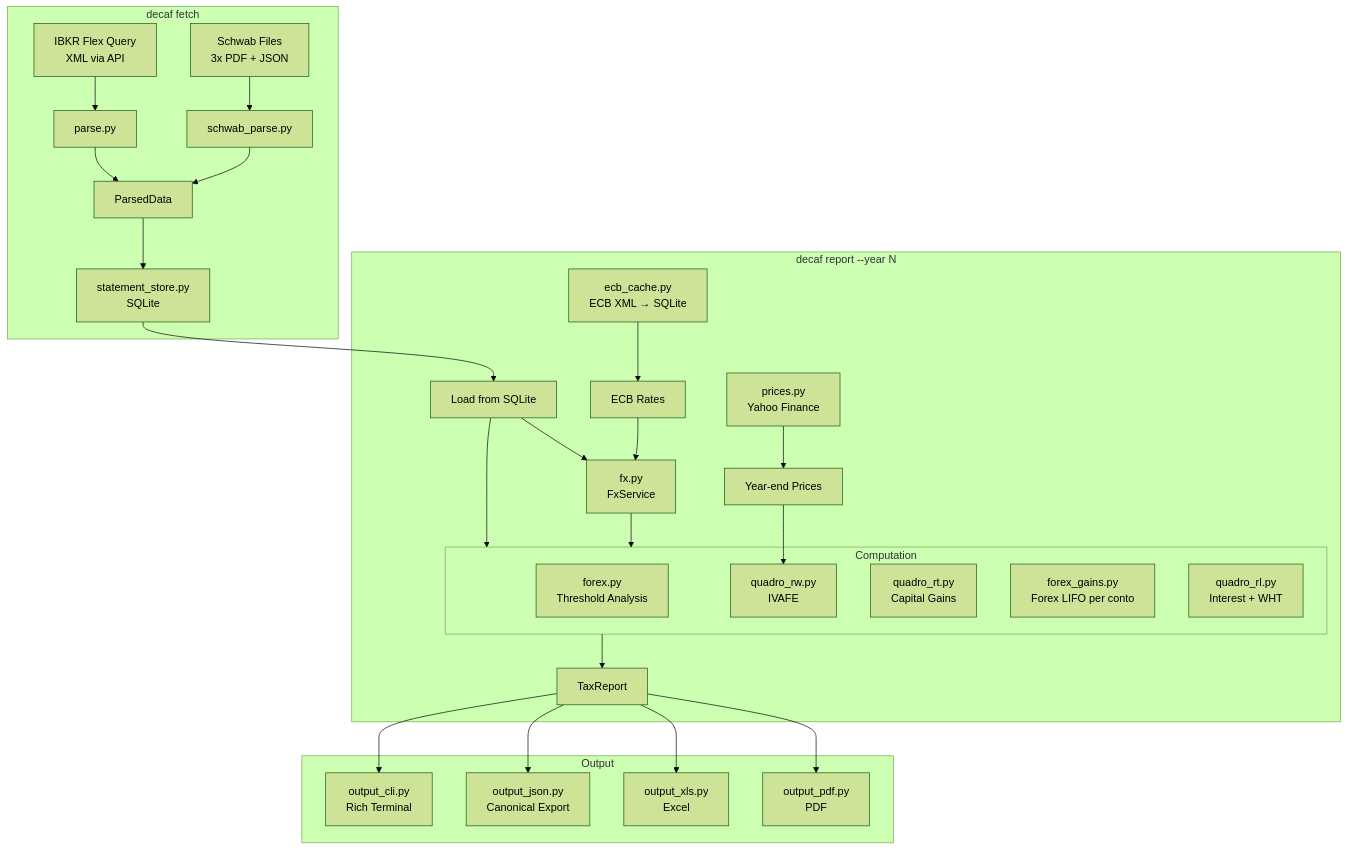
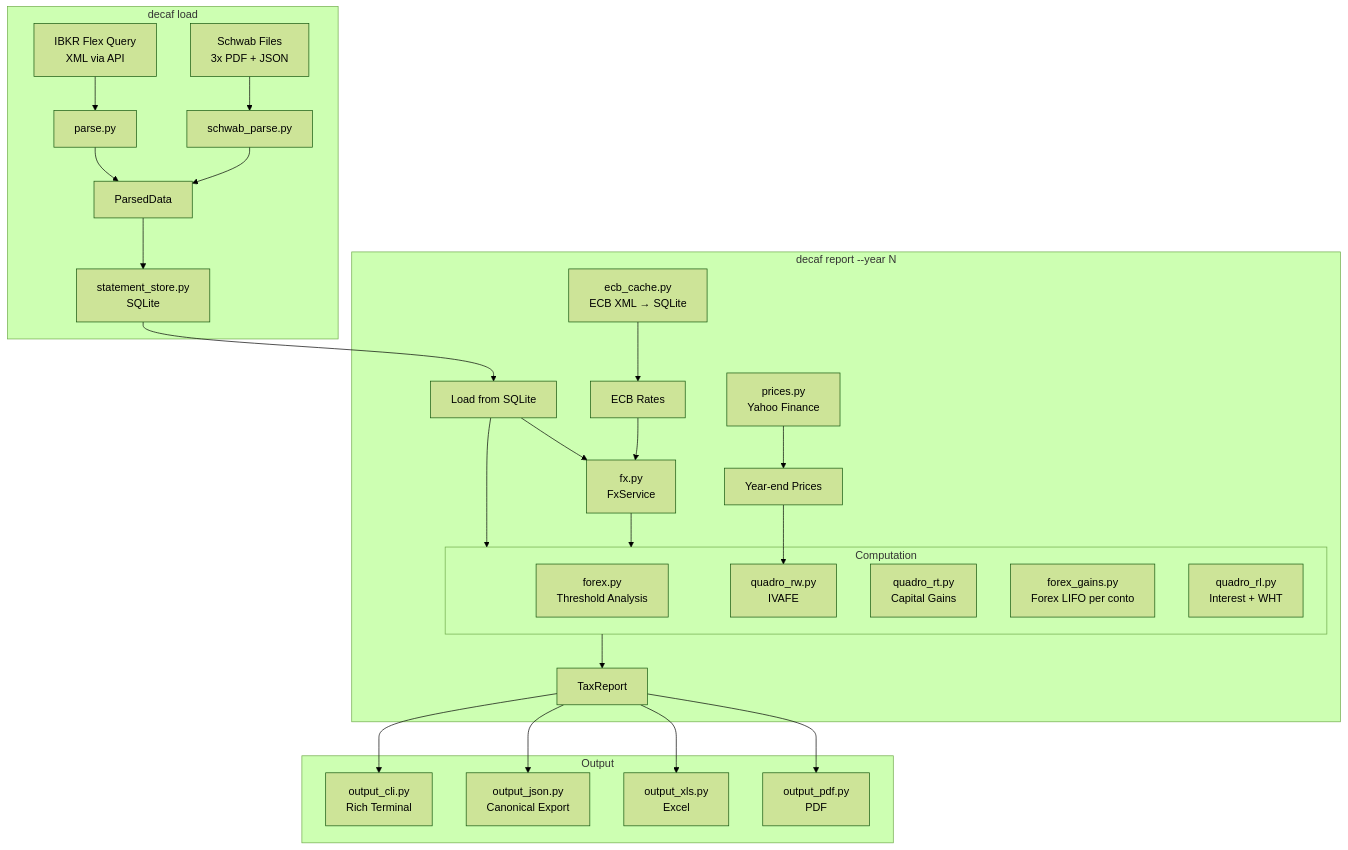
Before and after one commit to vjt/decaf: the first of 2 diagrams in doc/ARCHITECTURE.md, drawn with Mermaid (forest theme). The commit also changed 5 other files, not shown here.

First line of the commit message:
cli: rinomina sottocomando fetch -> load

````diff
--- a/doc/ARCHITECTURE.md
+++ b/doc/ARCHITECTURE.md
@@ -10,43 +10,43 @@
 ```mermaid
 graph TD
-    subgraph Fetch ["decaf fetch"]
+    subgraph Load ["decaf load"]
         IBKR["IBKR Flex Query<br/>XML via API"]
         SCHWAB["Schwab Files<br/>3x PDF + JSON"]
         PARSE_IB["parse.py"]
         PARSE_SW["schwab_parse.py"]
         IBKR --> PARSE_IB
         SCHWAB --> PARSE_SW
         PARSE_IB --> PD["ParsedData"]
         PARSE_SW --> PD
         PD --> STORE["statement_store.py<br/>SQLite"]
     end
 
     subgraph Report ["decaf report --year N"]
         STORE --> LOAD["Load from SQLite"]
         ECB_CACHE["ecb_cache.py<br/>ECB XML → SQLite"] --> RATES["ECB Rates"]
         PRICES["prices.py<br/>Yahoo Finance"] --> MARK["Year-end Prices"]
 
         LOAD --> FX["fx.py<br/>FxService"]
         RATES --> FX
         LOAD --> COMPUTE
 
         subgraph COMPUTE ["Computation"]
             FOREX["forex.py<br/>Threshold Analysis"]
             RW["quadro_rw.py<br/>IVAFE"]
             RT["quadro_rt.py<br/>Capital Gains"]
             FX_GAINS["forex_gains.py<br/>Forex LIFO per conto"]
             RL["quadro_rl.py<br/>Interest + WHT"]
         end
 
         MARK --> RW
         FX --> COMPUTE
         COMPUTE --> REPORT["TaxReport"]
     end
 
     subgraph Output ["Output"]
         REPORT --> CLI["output_cli.py<br/>Rich Terminal"]
         REPORT --> JSON["output_json.py<br/>Canonical Export"]
         REPORT --> XLS["output_xls.py<br/>Excel"]
         REPORT --> PDF["output_pdf.py<br/>PDF"]
     end
 ```
````
